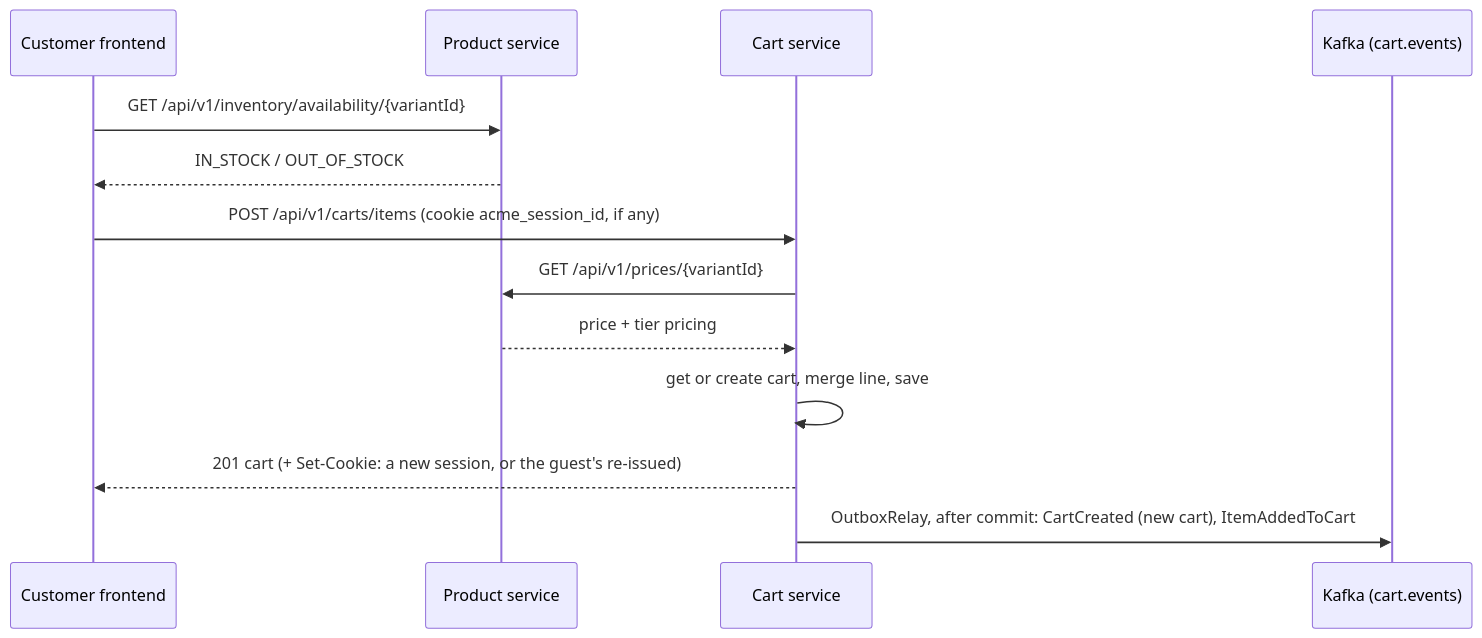
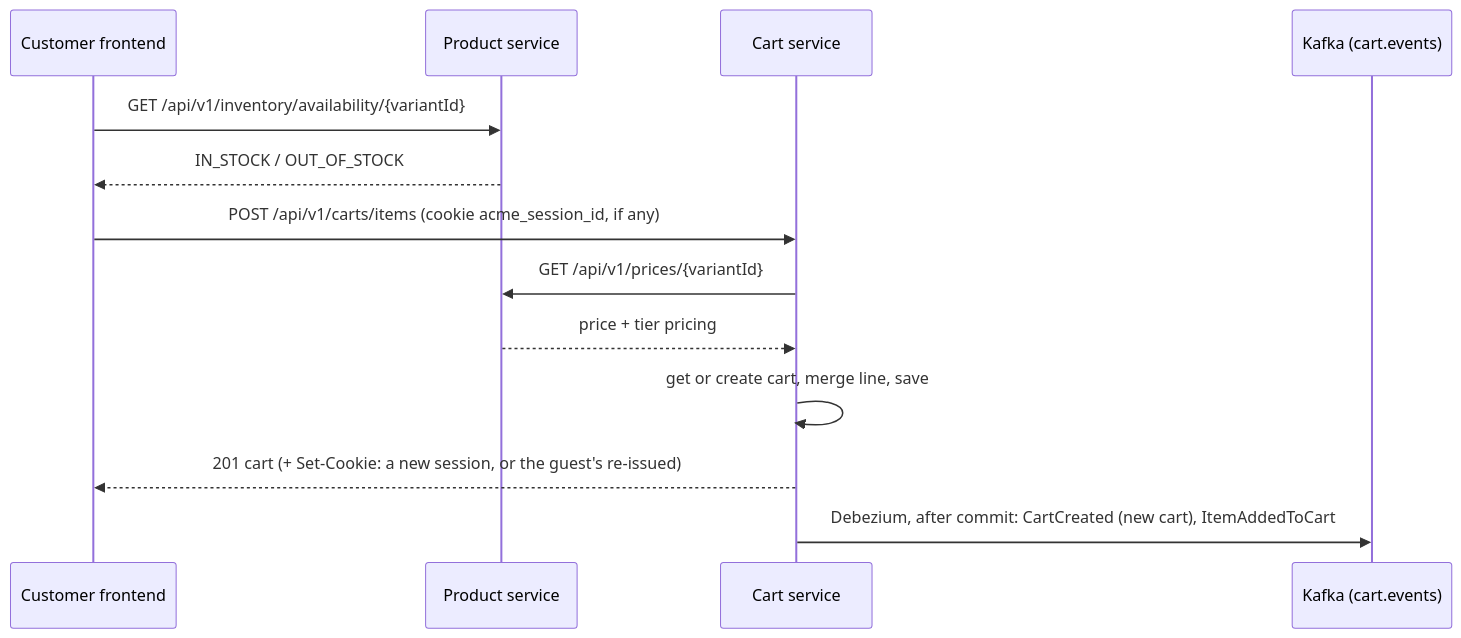
One commit to cebartling/acme-inc-2026 changed the fourth of 6 diagrams in documentation/ARCHITECTURE.md. Above: the diagram before and after it, drawn with Mermaid. The commit also changed other lines of this file and 54 other files, not shown here.

First line of the commit message:
feat: cart publishes through Debezium and reads from MongoDB (PIN-551) (#201)

````diff
--- a/documentation/ARCHITECTURE.md
+++ b/documentation/ARCHITECTURE.md
@@ -255,16 +295,16 @@
 ```mermaid
 sequenceDiagram
     participant FE as Customer frontend
     participant PS as Product service
     participant CS as Cart service
     participant K as Kafka (cart.events)
 
     FE->>PS: GET /api/v1/inventory/availability/{variantId}
     PS-->>FE: IN_STOCK / OUT_OF_STOCK
     FE->>CS: POST /api/v1/carts/items (cookie acme_session_id, if any)
     CS->>PS: GET /api/v1/prices/{variantId}
     PS-->>CS: price + tier pricing
     CS->>CS: get or create cart, merge line, save
     CS-->>FE: 201 cart (+ Set-Cookie: a new session, or the guest's re-issued)
-    CS->>K: OutboxRelay, after commit: CartCreated (new cart), ItemAddedToCart
+    CS->>K: Debezium, after commit: CartCreated (new cart), ItemAddedToCart
 ```
````
